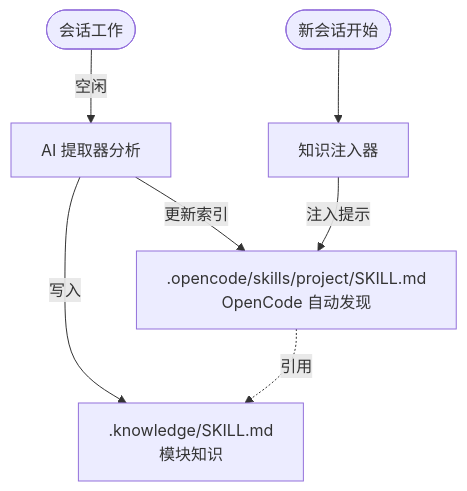
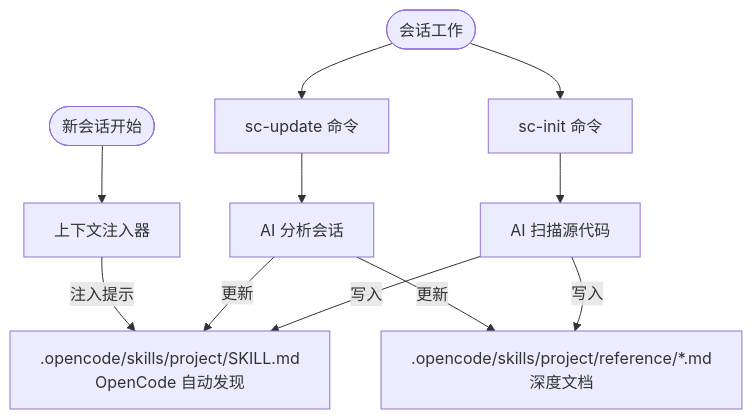
The diagram in README.zh-cn.md (cxOrz/smart-codebase), drawn with Mermaid before and after one commit. The commit also changed other lines of this file and 38 other files, not shown here.

````diff
--- a/README.zh-cn.md
+++ b/README.zh-cn.md
@@ -23,17 +23,24 @@
 ```mermaid
 graph TB
     Start([会话工作])
-    Extractor[AI 提取器分析]
-    SkillFile[.knowledge/SKILL.md<br/>模块知识]
-    ProjectSkill[.opencode/skills/project/SKILL.md<br/>OpenCode 自动发现]
+    Init[sc-init 命令]
+    Update[sc-update 命令]
+    InitAgent[AI 扫描源代码]
+    UpdateAgent[AI 分析会话]
+    SkillFile[.opencode/skills/project/SKILL.md<br/>OpenCode 自动发现]
+    RefFiles[.opencode/skills/project/reference/*.md<br/>深度文档]
     NewSession([新会话开始])
-    Injector[知识注入器]
+    Injector[上下文注入器]
     
-    Start -->|空闲| Extractor
-    Extractor -->|写入| SkillFile
-    Extractor -->|更新索引| ProjectSkill
+    Start --> Init
+    Start --> Update
+    Init --> InitAgent
+    Update --> UpdateAgent
+    InitAgent -->|写入| SkillFile
+    InitAgent -->|写入| RefFiles
+    UpdateAgent -->|更新| SkillFile
+    UpdateAgent -->|更新| RefFiles
     
     NewSession --> Injector
-    Injector -->|注入提示| ProjectSkill
-    ProjectSkill -.->|引用| SkillFile
+    Injector -->|注入提示| SkillFile
 ```
````
